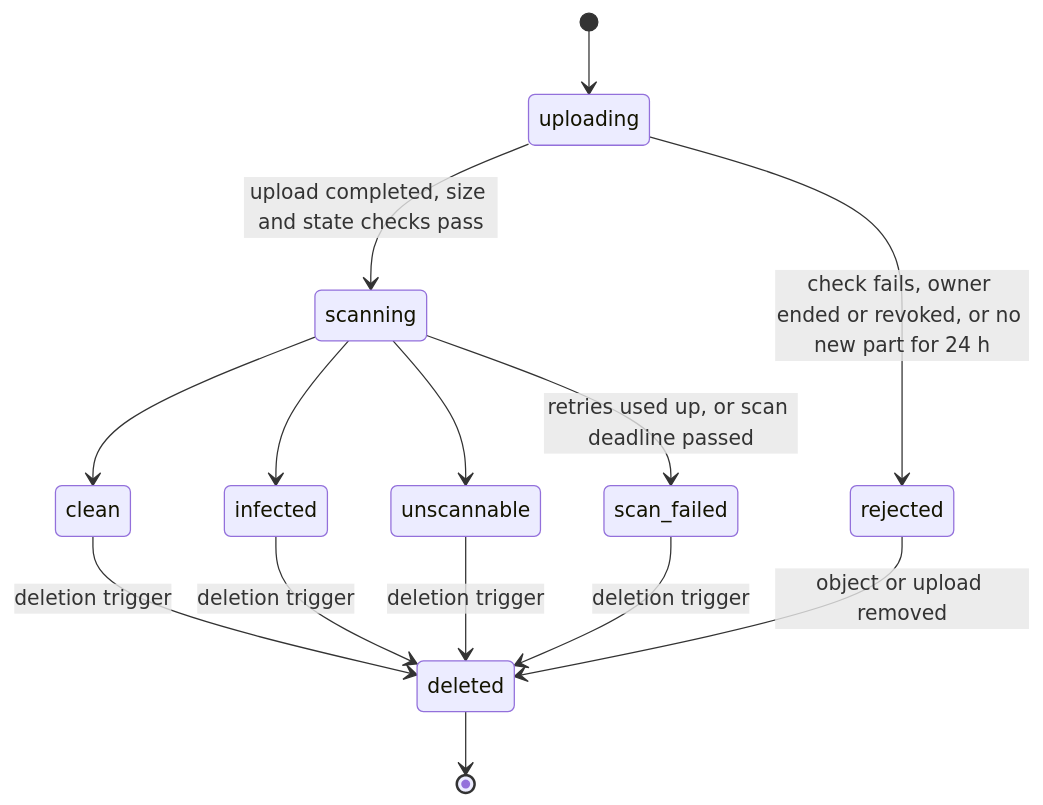
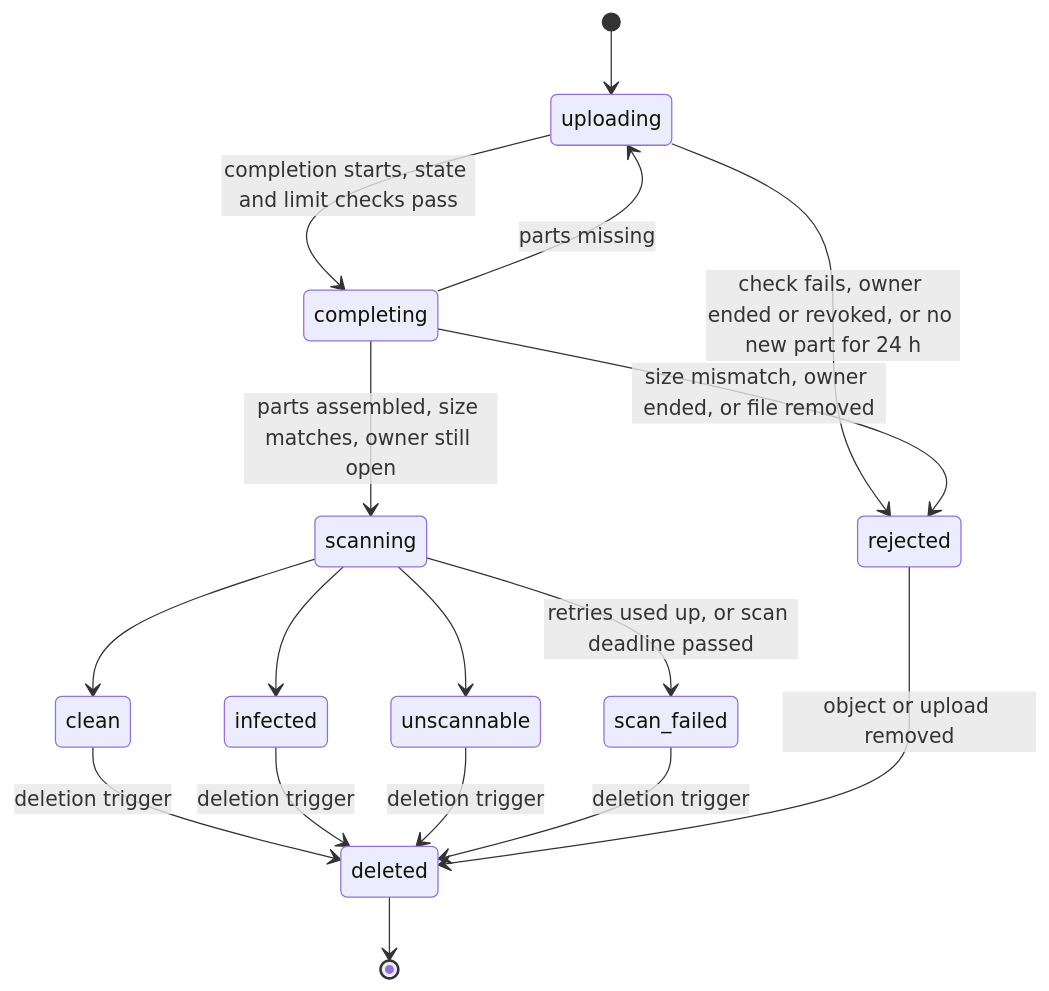
The second of 5 diagrams in docs/design/data-model.md (codewithmuh/secure-file-transfer), drawn with Mermaid before and after one commit. The commit also changed other lines of this file and 28 other files, not shown here.

````diff
--- a/docs/design/data-model.md
+++ b/docs/design/data-model.md
@@ -334,16 +373,19 @@
 ```mermaid
 stateDiagram-v2
     [*] --> uploading
-    uploading --> scanning: upload completed, size and state checks pass
+    uploading --> completing: completion starts, state and limit checks pass
     uploading --> rejected: check fails, owner ended or revoked, or no new part for 24 h
+    completing --> scanning: parts assembled, size matches, owner still open
+    completing --> uploading: parts missing
+    completing --> rejected: size mismatch, owner ended, or file removed
     scanning --> clean
     scanning --> infected
     scanning --> unscannable
     scanning --> scan_failed: retries used up, or scan deadline passed
     clean --> deleted: deletion trigger
     infected --> deleted: deletion trigger
     unscannable --> deleted: deletion trigger
     scan_failed --> deleted: deletion trigger
     rejected --> deleted: object or upload removed
     deleted --> [*]
 ```
````
